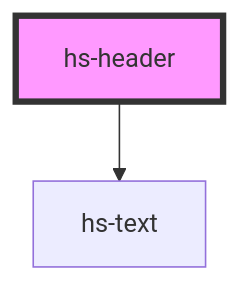
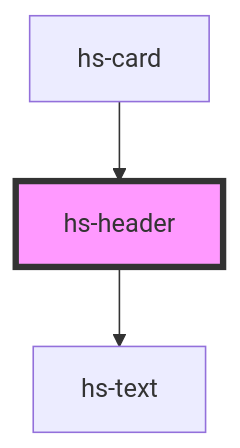
Before and after one commit to dimka3553/hs-design-system: the diagram in src/components/hs-header/readme.md, drawn with Mermaid. The commit also changed other lines of this file and 6 other files, not shown here.

````diff
--- a/src/components/hs-header/readme.md
+++ b/src/components/hs-header/readme.md
@@ -24,5 +28,6 @@
 ```mermaid
 graph TD;
   hs-header --> hs-text
+  hs-card --> hs-header
   style hs-header fill:#f9f,stroke:#333,stroke-width:4px
 ```
````
